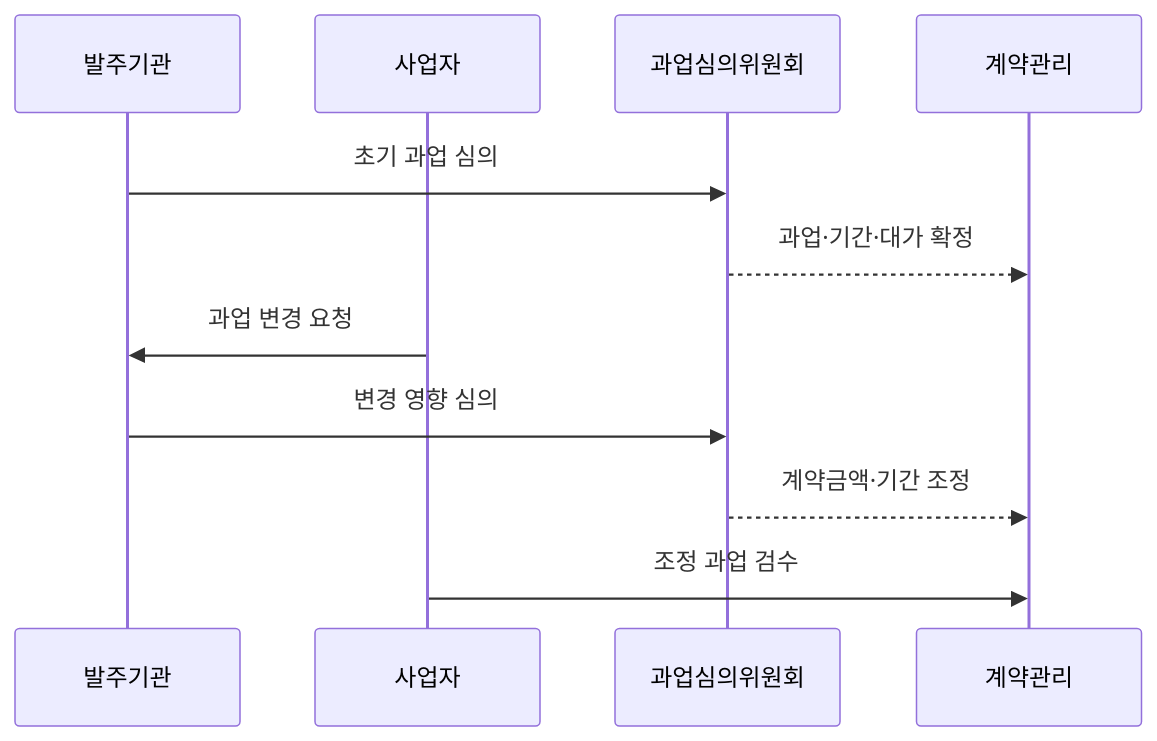
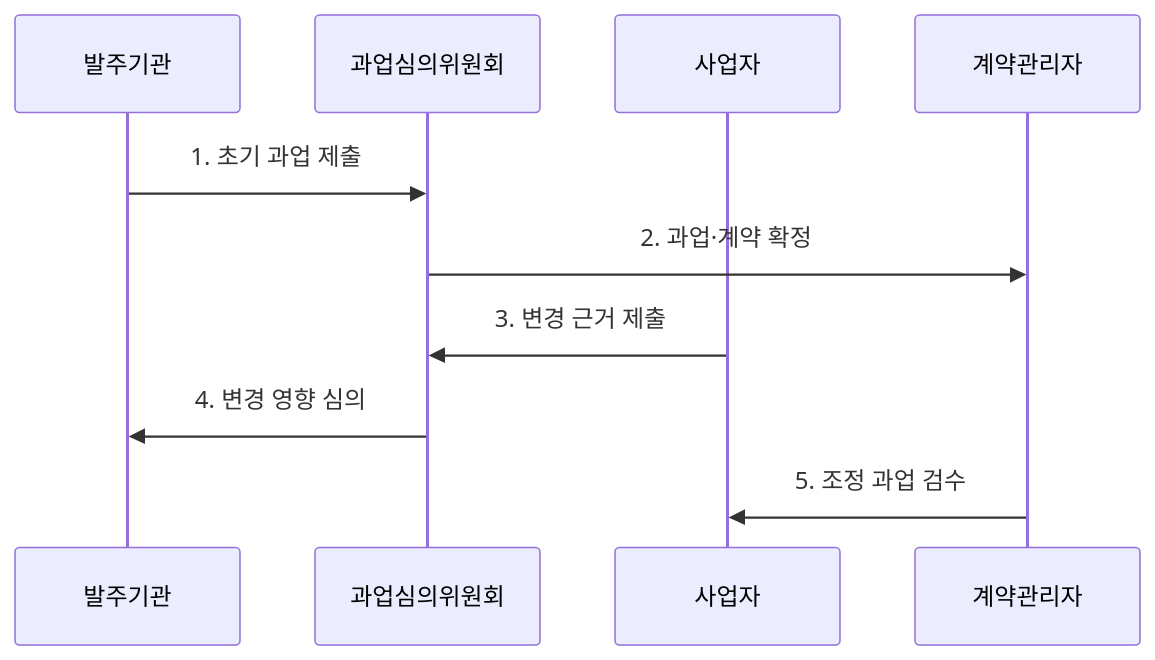
The second of 2 diagrams in src/content/docs/notes/03-software/227_software_promotion_act.md (agnusdei1207/knowledge-base), drawn with Mermaid before and after one commit. The commit also changed other lines of this file and 20 other files, not shown here.

````diff
--- a/src/content/docs/notes/03-software/227_software_promotion_act.md
+++ b/src/content/docs/notes/03-software/227_software_promotion_act.md
@@ -80,13 +82,12 @@
 ```mermaid
 sequenceDiagram
     participant 발주기관
+    participant 과업심의위원회
     participant 사업자
-    participant 과업심의위원회
-    participant 계약관리
-    발주기관->>과업심의위원회: 초기 과업 심의
-    과업심의위원회-->>계약관리: 과업·기간·대가 확정
-    사업자->>발주기관: 과업 변경 요청
-    발주기관->>과업심의위원회: 변경 영향 심의
-    과업심의위원회-->>계약관리: 계약금액·기간 조정
-    사업자->>계약관리: 조정 과업 검수
+    participant 계약관리자
+    발주기관->>과업심의위원회: 1. 초기 과업 제출
+    과업심의위원회->>계약관리자: 2. 과업·계약 확정
+    사업자->>과업심의위원회: 3. 변경 근거 제출
+    과업심의위원회->>발주기관: 4. 변경 영향 심의
+    계약관리자->>사업자: 5. 조정 과업 검수
 ```
````
